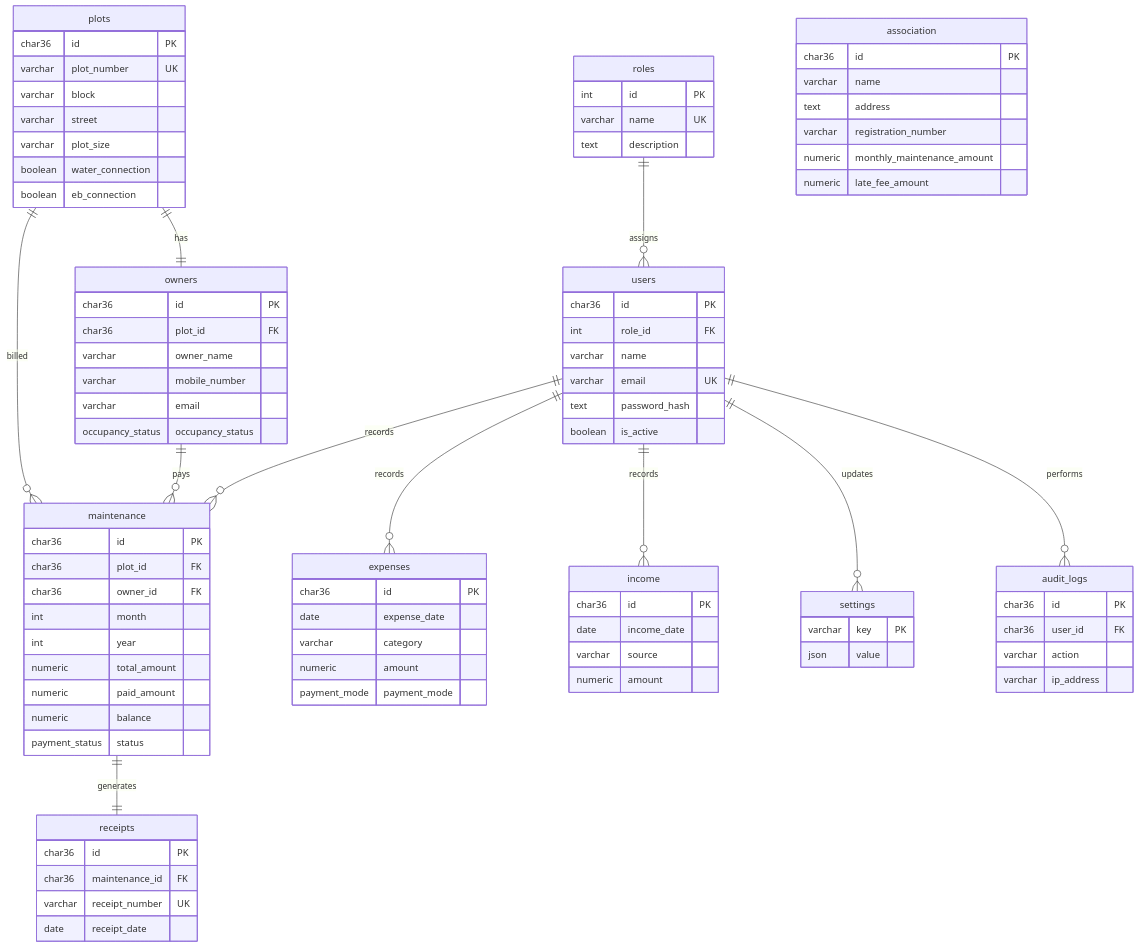
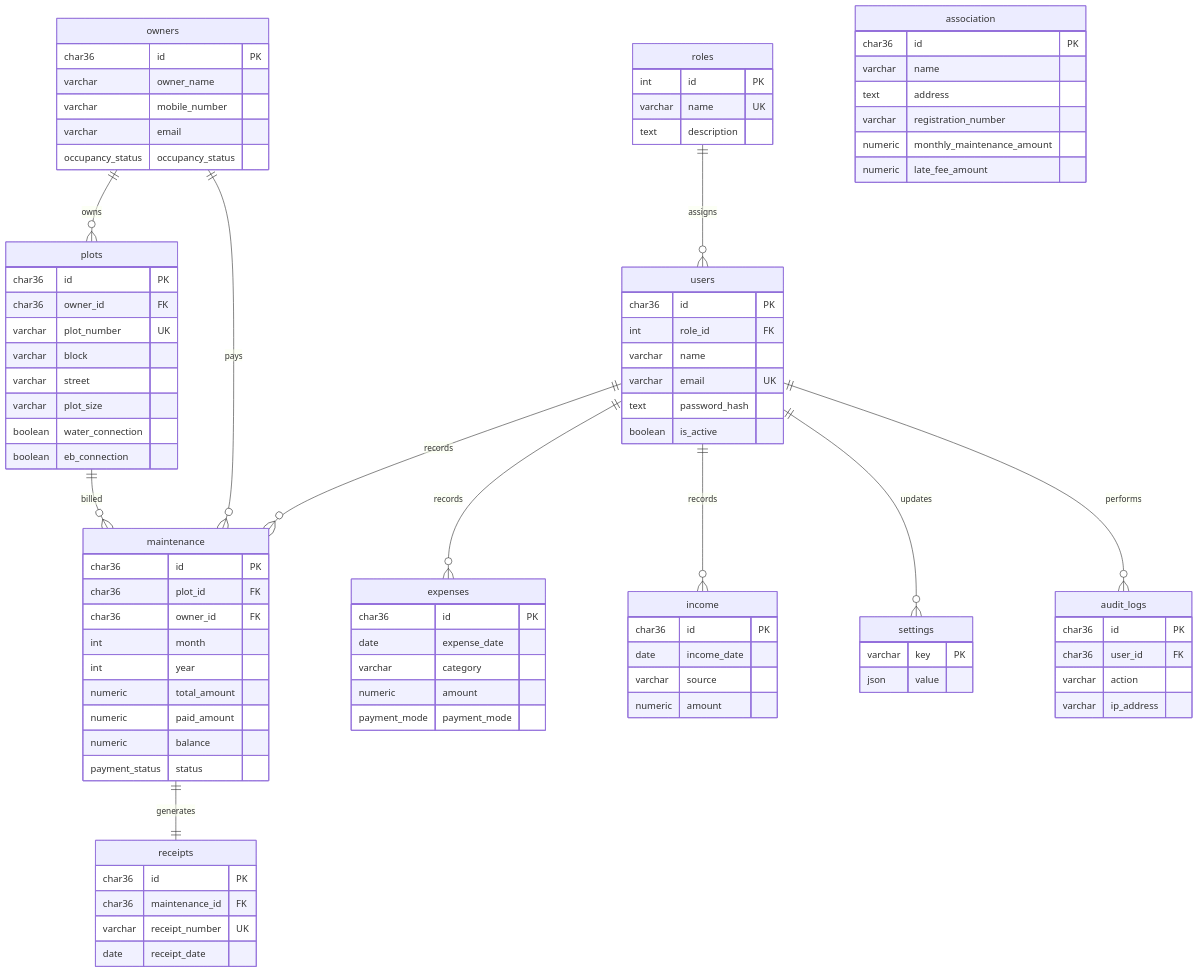
Before and after one commit to govendhanc/rwa-management-app: the diagram in docs/ER_DIAGRAM.md, drawn with Mermaid. The commit also changed 14 other files, not shown here.

````diff
--- a/docs/ER_DIAGRAM.md
+++ b/docs/ER_DIAGRAM.md
@@ -3,7 +3,7 @@
 ```mermaid
 erDiagram
   roles ||--o{ users : assigns
-  plots ||--|| owners : has
+  owners ||--o{ plots : owns
   plots ||--o{ maintenance : billed
   owners ||--o{ maintenance : pays
   maintenance ||--|| receipts : generates
@@ -39,6 +39,7 @@
 
   plots {
     char36 id PK
+    char36 owner_id FK
     varchar plot_number UK
     varchar block
     varchar street
@@ -49,7 +50,6 @@
 
   owners {
     char36 id PK
-    char36 plot_id FK
     varchar owner_name
     varchar mobile_number
     varchar email
````
